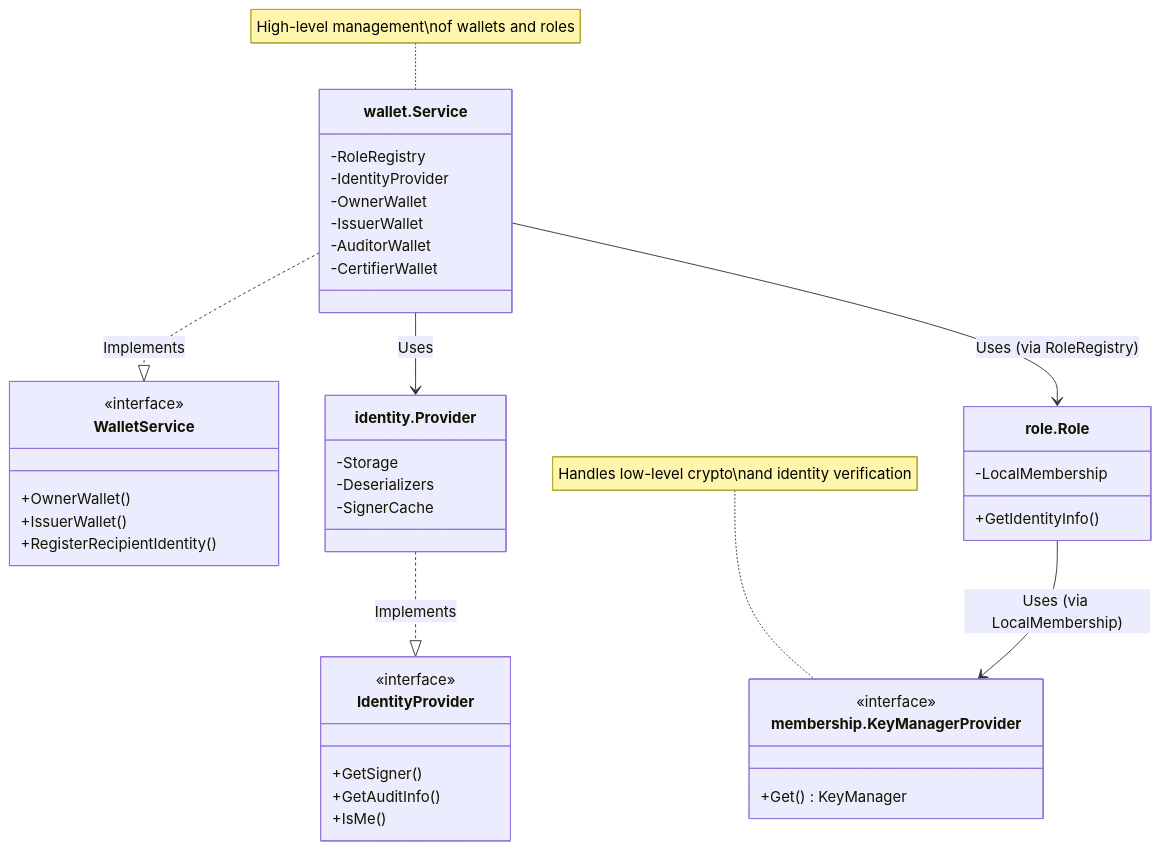
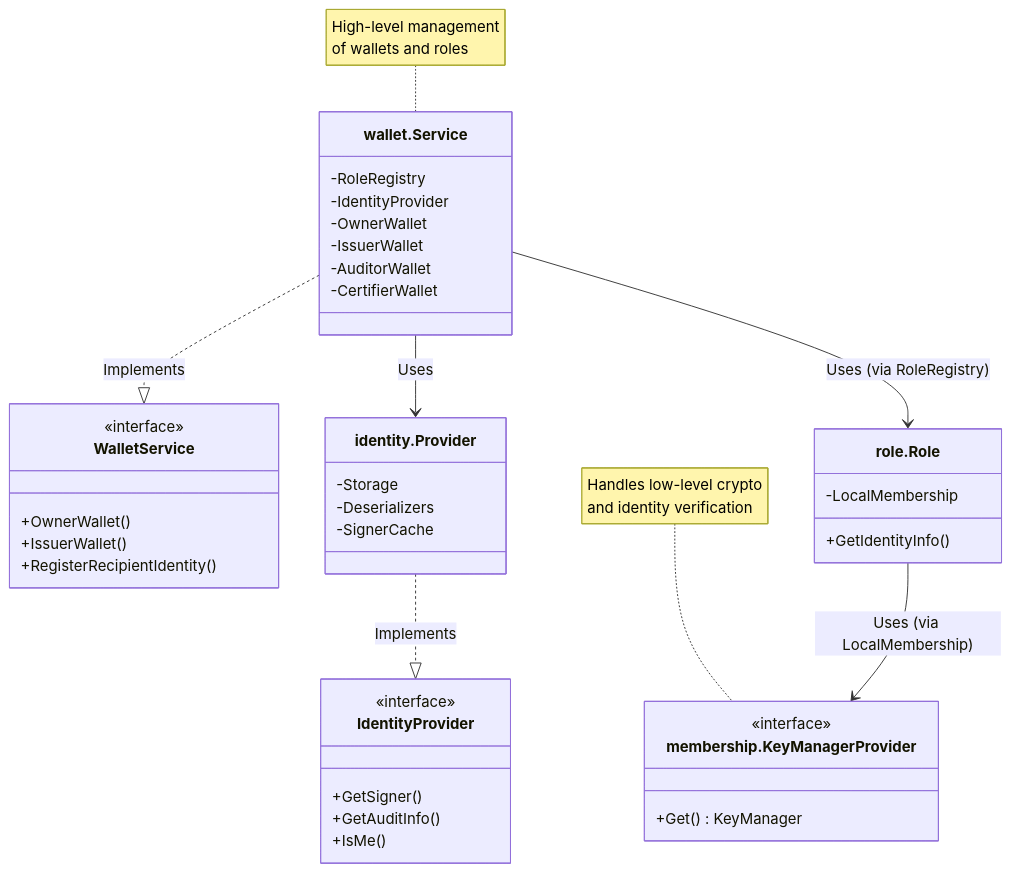
Before and after one commit to hyperledger-labs/fabric-token-sdk: the diagram in docs/services/identity.md, drawn with Mermaid. The commit also changed 5 other files, not shown here.

````diff
--- a/docs/services/identity.md
+++ b/docs/services/identity.md
@@ -37,49 +37,49 @@
 ```mermaid
 classDiagram
     direction TB
 %% Driver Interfaces
     class IdentityProvider {
         <<interface>>
         +GetSigner()
         +GetAuditInfo()
         +IsMe()
     }
     class WalletService {
         <<interface>>
         +OwnerWallet()
         +IssuerWallet()
         +RegisterRecipientIdentity()
     }
 
 %% Concrete Implementations
     class identity_Provider["identity.Provider"] {
         -Storage
         -Deserializers
         -SignerCache
     }
     class wallet_Service["wallet.Service"] {
         -RoleRegistry
         -IdentityProvider
         -OwnerWallet
         -IssuerWallet
         -AuditorWallet
         -CertifierWallet
     }
     class role_Role["role.Role"] {
         -LocalMembership
         +GetIdentityInfo()
     }
     class membership_KeyManagerProvider["membership.KeyManagerProvider"] {
         <<interface>>
         +Get() KeyManager
     }
 
     identity_Provider ..|> IdentityProvider : Implements
     wallet_Service ..|> WalletService : Implements
     wallet_Service --> identity_Provider : Uses
     wallet_Service --> role_Role : Uses (via RoleRegistry)
     role_Role --> membership_KeyManagerProvider : Uses (via LocalMembership)
 
-    note for membership_KeyManagerProvider "Handles low-level crypto\nand identity verification"
-    note for wallet_Service "High-level management\nof wallets and roles"
+    note for membership_KeyManagerProvider "Handles low-level crypto<br/>and identity verification"
+    note for wallet_Service "High-level management<br/>of wallets and roles"
 ```
````
